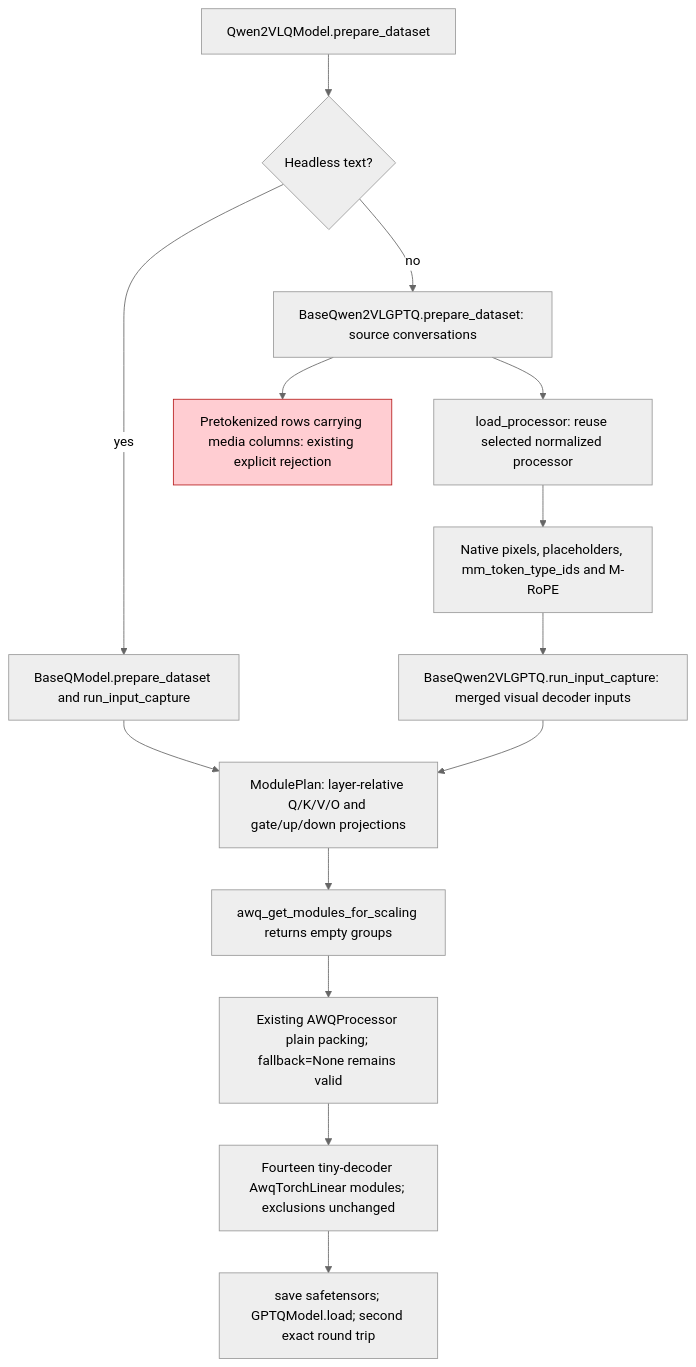
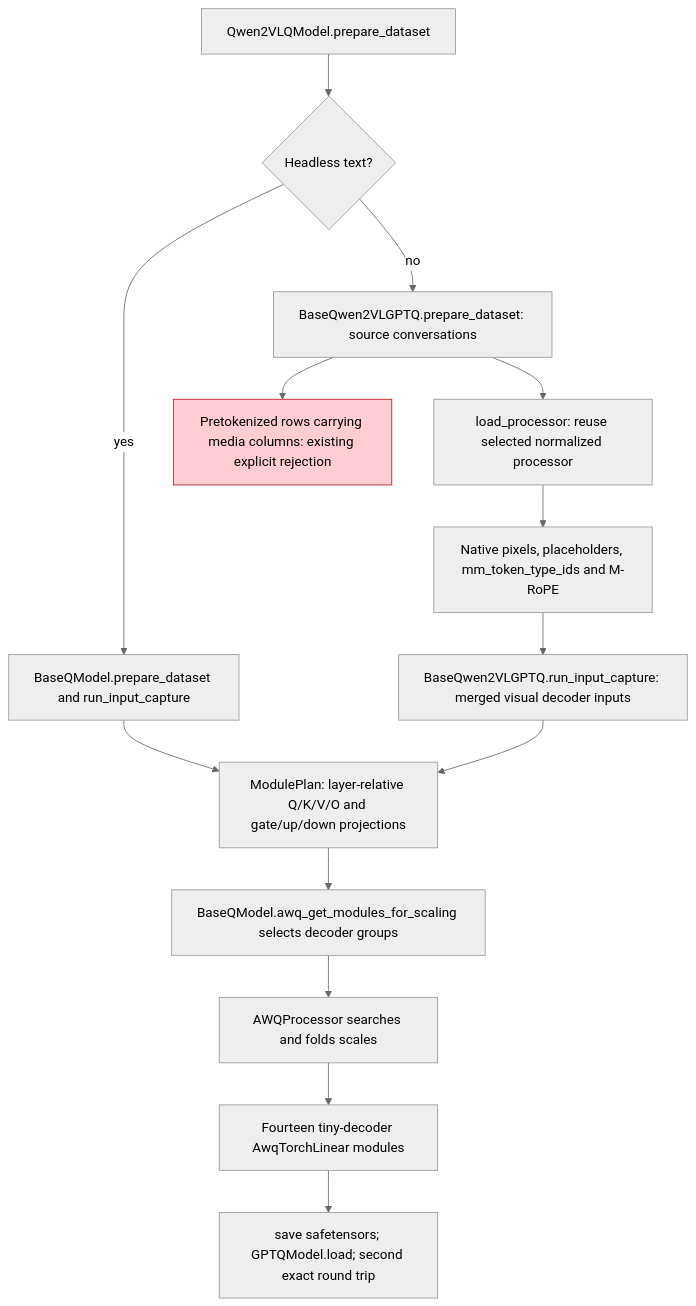
Before and after one commit to ModelCloud/GPTQModel: the second of 2 diagrams in gptqmodel/models/ports/qwen2_vl/README.md, drawn with Mermaid (neutral theme). The commit also changed other lines of this file and 53 other files, not shown here.

````diff
--- a/gptqmodel/models/ports/qwen2_vl/README.md
+++ b/gptqmodel/models/ports/qwen2_vl/README.md
@@ -59,17 +59,17 @@
 ```mermaid
 flowchart TD
     A["Qwen2VLQModel.prepare_dataset"] --> B{"Headless text?"}
     B -- yes --> C["BaseQModel.prepare_dataset and run_input_capture"]
     B -- no --> D["BaseQwen2VLGPTQ.prepare_dataset: source conversations"]
     D --> E["load_processor: reuse selected normalized processor"]
     E --> F["Native pixels, placeholders, mm_token_type_ids and M-RoPE"]
     F --> G["BaseQwen2VLGPTQ.run_input_capture: merged visual decoder inputs"]
     C --> H["ModulePlan: layer-relative Q/K/V/O and gate/up/down projections"]
     G --> H
-    H --> I["awq_get_modules_for_scaling returns empty groups"]
-    I --> J["Existing AWQProcessor plain packing; fallback=None remains valid"]
-    J --> K["Fourteen tiny-decoder AwqTorchLinear modules; exclusions unchanged"]
+    H --> I["BaseQModel.awq_get_modules_for_scaling selects decoder groups"]
+    I --> J["AWQProcessor searches and folds scales"]
+    J --> K["Fourteen tiny-decoder AwqTorchLinear modules"]
     K --> L["save safetensors; GPTQModel.load; second exact round trip"]
     D --> M["Pretokenized rows carrying media columns: existing explicit rejection"]
     style M fill:#ffcdd2,stroke:#b71c1c
 ```
````
